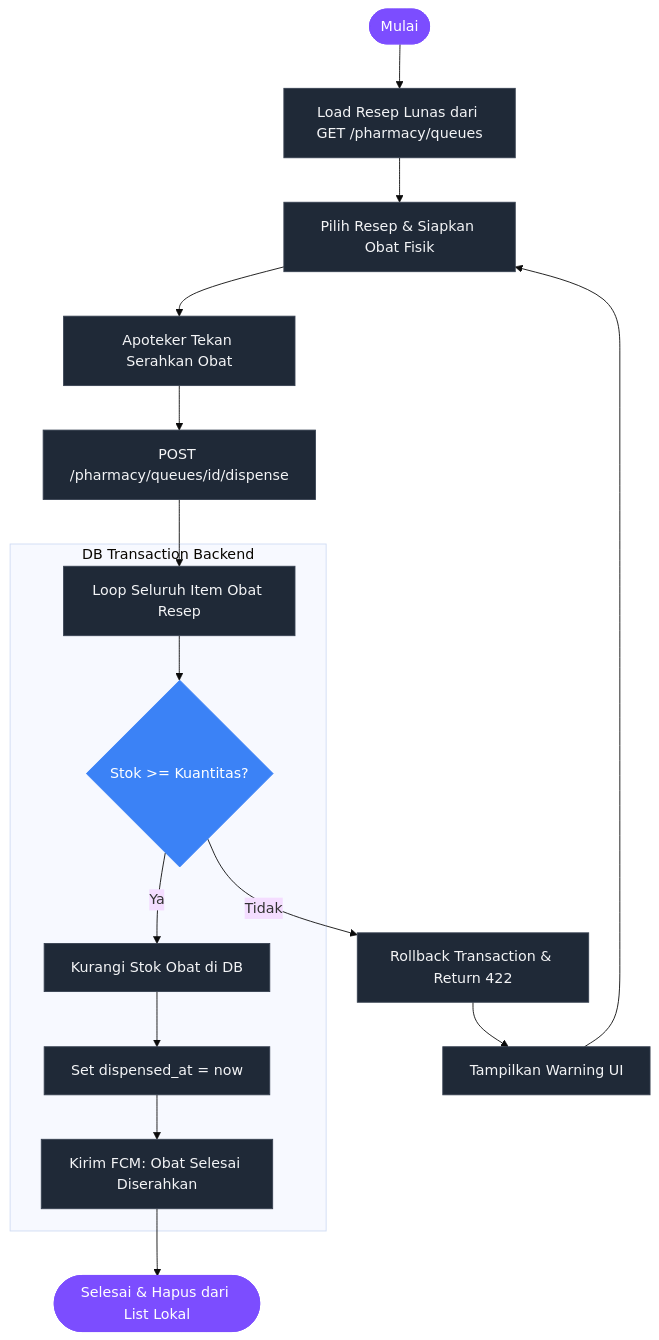
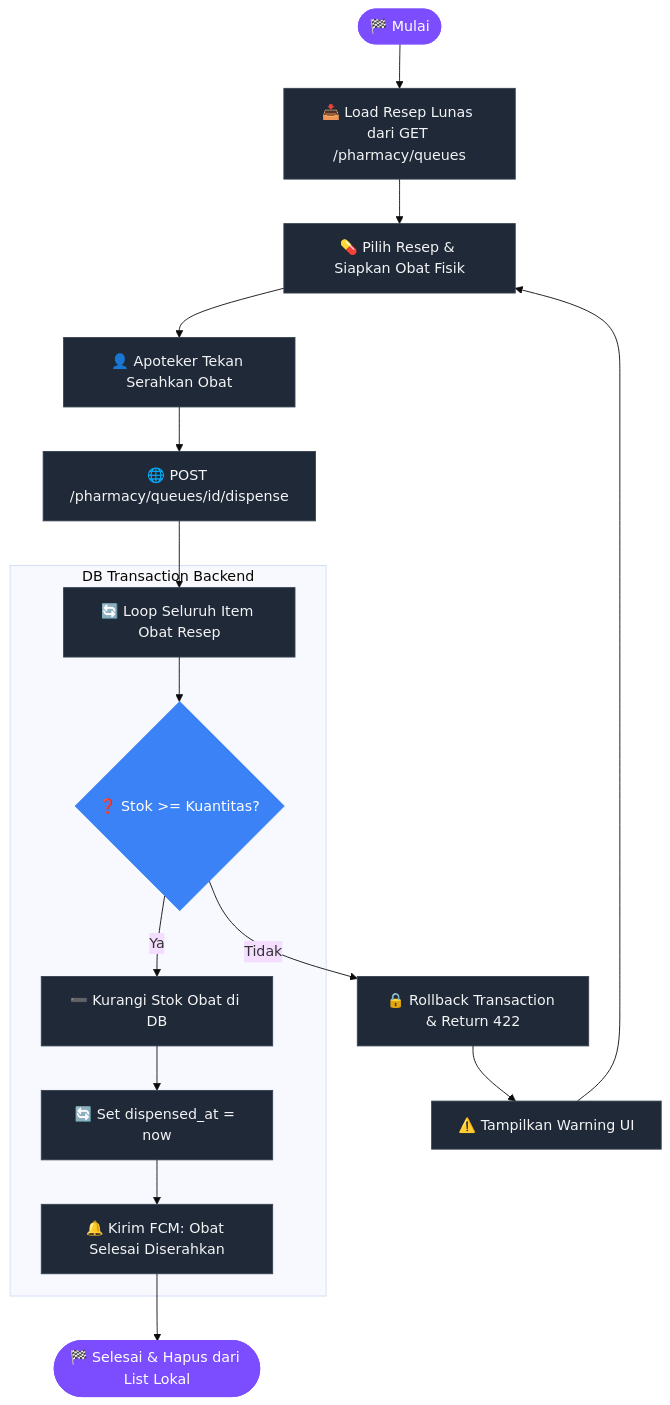
The eighth of 9 diagrams in dokumentasi/ALUR_BISNIS.md (Rezi14/NalaSeva-Mobile-Test), drawn with Mermaid (base theme) before and after one commit. The commit also changed other lines of this file, not shown here.

````diff
--- a/dokumentasi/ALUR_BISNIS.md
+++ b/dokumentasi/ALUR_BISNIS.md
@@ -353,26 +353,26 @@
 ```mermaid
 flowchart TD
     classDef default fill:#1f2937,stroke:#374151,stroke-width:1px,color:#f3f4f6;
     classDef startEnd fill:#7c4dff,stroke:#7c4dff,color:#fff;
     classDef decision fill:#3b82f6,stroke:#3b82f6,color:#fff;
 
-    Start([Mulai]):::startEnd --> Load[Load Resep Lunas dari GET /pharmacy/queues]
-    Load --> Select[Pilih Resep & Siapkan Obat Fisik]
-    Select --> Dispense[Apoteker Tekan Serahkan Obat]
-    Dispense --> API[POST /pharmacy/queues/id/dispense]
+    Start([🏁 Mulai]):::startEnd --> Load[📥 Load Resep Lunas dari GET /pharmacy/queues]
+    Load --> Select[💊 Pilih Resep & Siapkan Obat Fisik]
+    Select --> Dispense[👤 Apoteker Tekan Serahkan Obat]
+    Dispense --> API[🌐 POST /pharmacy/queues/id/dispense]
     
     subgraph DB Transaction Backend
-        DB1[Loop Seluruh Item Obat Resep]
-        DB2{"Stok >= Kuantitas?"}:::decision
-        DB3[Kurangi Stok Obat di DB]
-        DB4[Set dispensed_at = now]
-        DB5[Kirim FCM: Obat Selesai Diserahkan]
+        DB1[🔄 Loop Seluruh Item Obat Resep]
+        DB2{"❓ Stok >= Kuantitas?"}:::decision
+        DB3[➖ Kurangi Stok Obat di DB]
+        DB4[🔄 Set dispensed_at = now]
+        DB5[🔔 Kirim FCM: Obat Selesai Diserahkan]
     end
     
     API --> DB1
     DB1 --> DB2
-    DB2 -- Tidak --> Rollback[Rollback Transaction & Return 422] --> Warning[Tampilkan Warning UI] --> Select
+    DB2 -- Tidak --> Rollback[🔒 Rollback Transaction & Return 422] --> Warning[⚠️ Tampilkan Warning UI] --> Select
     DB2 -- Ya --> DB3 --> DB4 --> DB5
     
-    DB5 --> Success([Selesai & Hapus dari List Lokal]):::startEnd
+    DB5 --> Success([🏁 Selesai & Hapus dari List Lokal]):::startEnd
 ```
````
